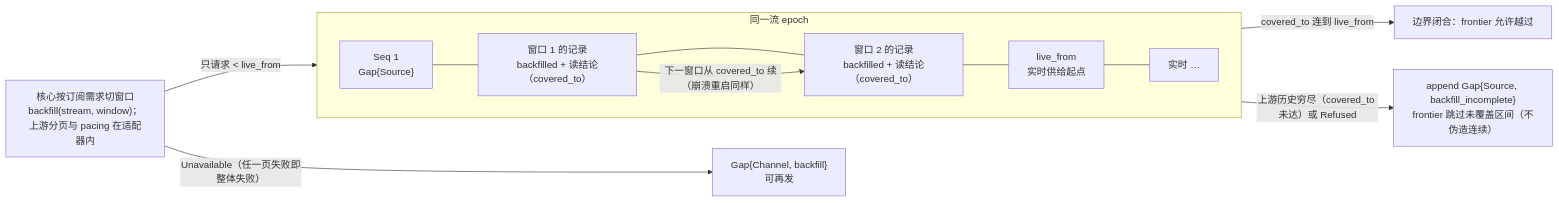
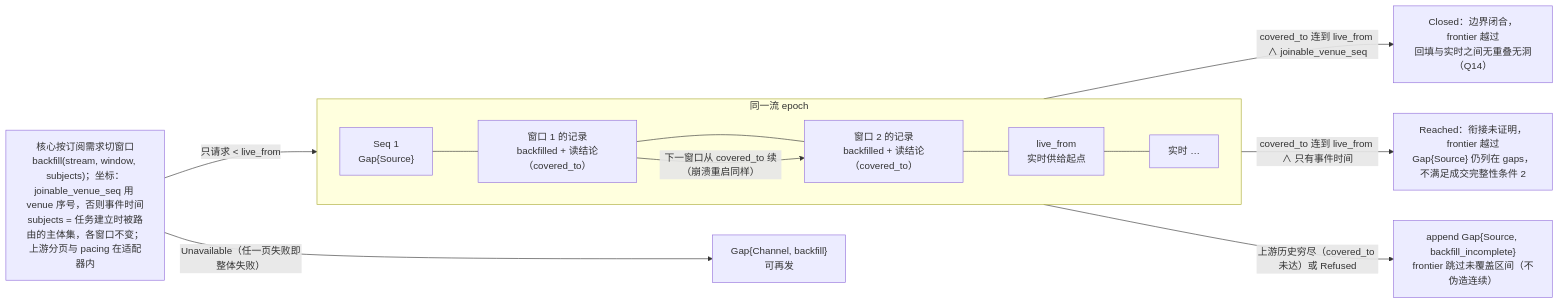
One commit to mouriya-s-lab/uta changed the fourth of 6 diagrams in design/diagrams/03-observation-ingest.md. Above: the diagram before and after it, drawn with Mermaid. The commit also changed other lines of this file and 11 other files, not shown here.

Commit message:
design: read/subscription gaps — order identity and latest-observation rule, public execution identity for program/downstream counting, route subscription-demand op, Pending read result, membership-based execution-fact subscriptions, multi-stream subscriptions, Closed vs Reached realtime boundary

````diff
--- a/design/diagrams/03-observation-ingest.md
+++ b/design/diagrams/03-observation-ingest.md
@@ -99,12 +101,13 @@
 ```mermaid
 flowchart LR
   subgraph EPOCH["同一流 epoch"]
     direction LR
     G["Seq 1<br/>Gap{Source}"] --- BF1["窗口 1 的记录<br/>backfilled + 读结论（covered_to）"] --- BF2["窗口 2 的记录<br/>backfilled + 读结论（covered_to）"] --- LF["live_from<br/>实时供给起点"] --- L1["实时 …"]
   end
-  CORE["核心按订阅需求切窗口<br/>backfill(stream, window)；上游分页与 pacing 在适配器内"] -->|"只请求 < live_from"| BF1
+  CORE["核心按订阅需求切窗口<br/>backfill(stream, window, subjects)；坐标：joinable_venue_seq 用 venue 序号，否则事件时间<br/>subjects = 任务建立时被路由的主体集，各窗口不变；上游分页与 pacing 在适配器内"] -->|"只请求 < live_from"| BF1
   BF1 -->|"下一窗口从 covered_to 续（崩溃重启同样）"| BF2
-  BF2 -->|"covered_to 连到 live_from"| CLOSE["边界闭合：frontier 允许越过"]
+  BF2 -->|"covered_to 连到 live_from ∧ joinable_venue_seq"| CLOSE["Closed：边界闭合，frontier 越过<br/>回填与实时之间无重叠无洞（Q14）"]
+  BF2 -->|"covered_to 连到 live_from ∧ 只有事件时间"| REACH["Reached：衔接未证明，frontier 越过<br/>Gap{Source} 仍列在 gaps，不满足成交完整性条件 2"]
   BF2 -->|"上游历史穷尽（covered_to 未达）或 Refused"| INC["append Gap{Source, backfill_incomplete}<br/>frontier 跳过未覆盖区间（不伪造连续）"]
   CORE -->|"Unavailable（任一页失败即整体失败）"| CH["Gap{Channel, backfill}<br/>可再发"]
 ```
````
